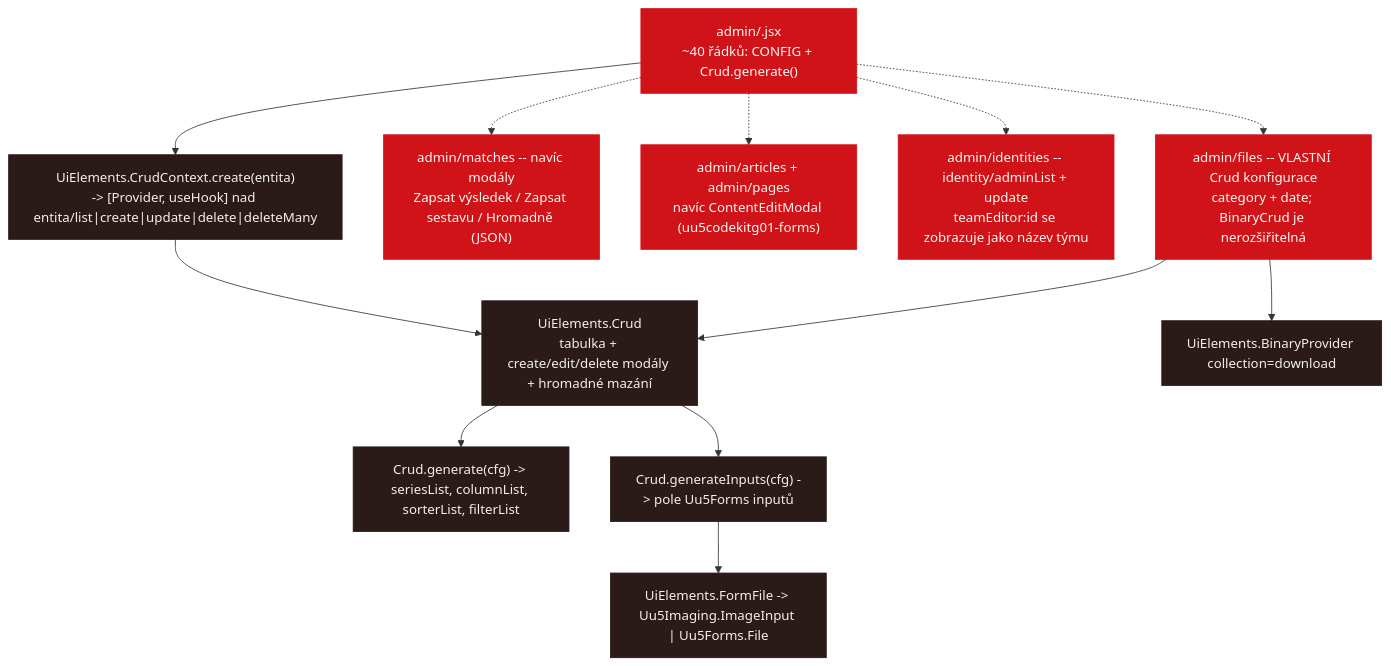
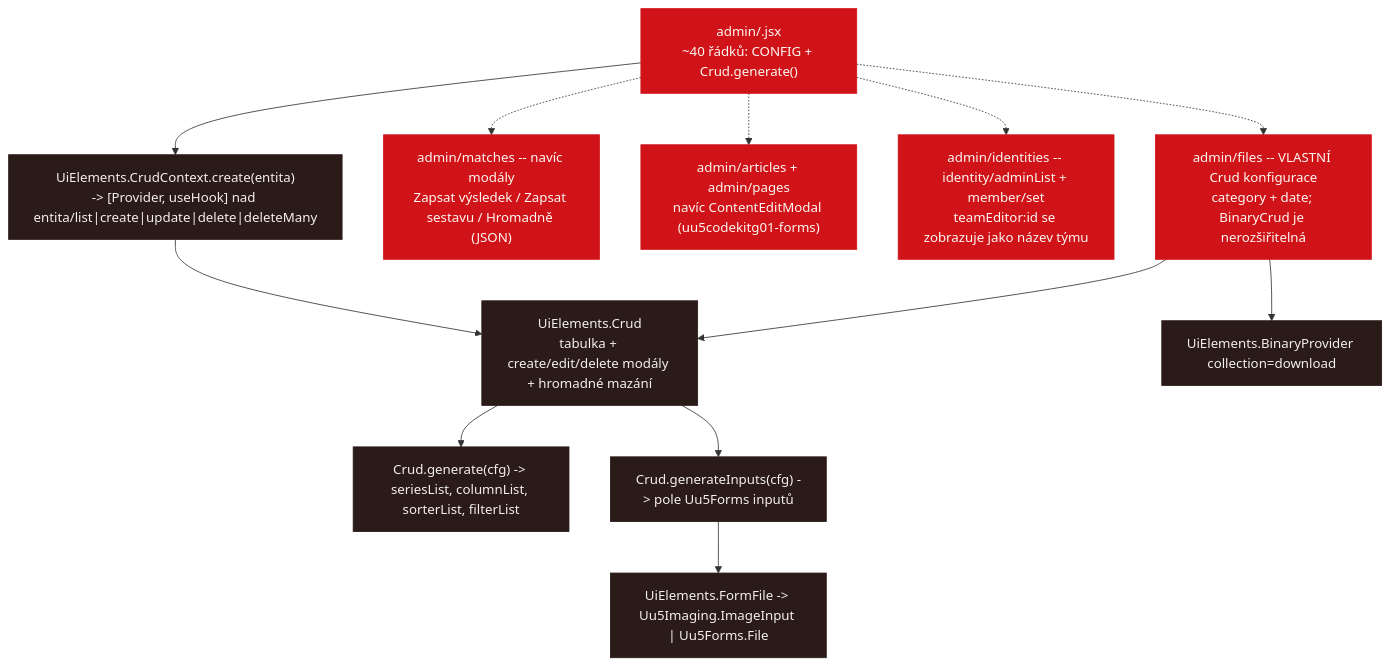
One commit to capo00/afkbratcice changed the tenth of 10 diagrams in design/component-tree.md. Above: the diagram before and after it, drawn with Mermaid. The commit also changed 8 other files, not shown here.

````diff
--- a/design/component-tree.md
+++ b/design/component-tree.md
@@ -466,25 +466,25 @@
 ```mermaid
 flowchart TD
   gen["admin/<entita>.jsx<br/>~40 řádků: CONFIG + Crud.generate()"]:::own
   ctx["UiElements.CrudContext.create(entita)<br/>-> [Provider, useHook] nad entita/list|create|update|delete|deleteMany"]:::caio
   crud["UiElements.Crud<br/>tabulka + create/edit/delete modály + hromadné mazání"]:::caio
   gencol["Crud.generate(cfg) -> seriesList, columnList, sorterList, filterList"]:::caio
   geninp["Crud.generateInputs(cfg) -> pole Uu5Forms inputů"]:::caio
   ff["UiElements.FormFile -> Uu5Imaging.ImageInput | Uu5Forms.File"]:::caio
   bprov["UiElements.BinaryProvider collection=download"]:::caio
 
   spec1["admin/matches -- navíc modály<br/>Zapsat výsledek / Zapsat sestavu / Hromadně (JSON)"]:::own
   spec2["admin/articles + admin/pages<br/>navíc ContentEditModal (uu5codekitg01-forms)"]:::own
-  spec3["admin/identities -- identity/adminList + update<br/>teamEditor:id se zobrazuje jako název týmu"]:::own
+  spec3["admin/identities -- identity/adminList + member/set<br/>teamEditor:id se zobrazuje jako název týmu"]:::own
   spec4["admin/files -- VLASTNÍ Crud konfigurace<br/>category + date; BinaryCrud je nerozšiřitelná"]:::own
 
   gen --> ctx --> crud
   crud --> gencol & geninp
   geninp --> ff
   spec4 --> bprov
   spec4 --> crud
   gen -.-> spec1 & spec2 & spec3 & spec4
 
   classDef own fill:#D01319,color:#FEF7F2,stroke:#D01319
   classDef caio fill:#2A1B19,color:#F3EFED,stroke:#2A1B19
 ```
````
